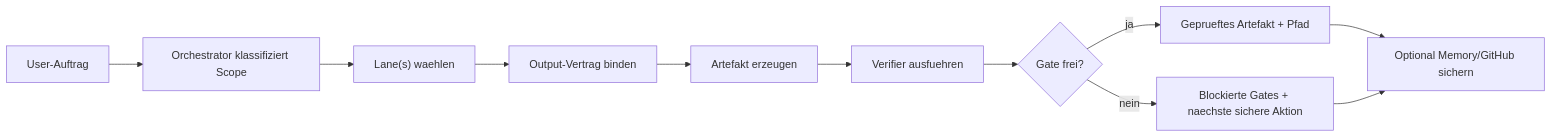
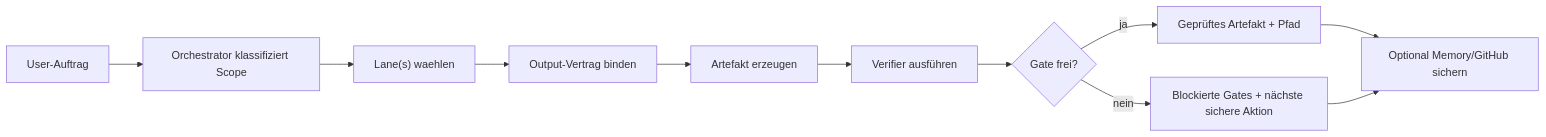
The diagram in docs/agent_os/DELIVERABLE_SWARM_OPERATING_OVERVIEW.md (BCRAdmin/deterministic-research-core), drawn with Mermaid before and after one commit. The commit also changed other lines of this file and 34 other files, not shown here.

````diff
--- a/docs/agent_os/DELIVERABLE_SWARM_OPERATING_OVERVIEW.md
+++ b/docs/agent_os/DELIVERABLE_SWARM_OPERATING_OVERVIEW.md
@@ -71,13 +71,13 @@
 ```mermaid
 flowchart LR
     A["User-Auftrag"] --> B["Orchestrator klassifiziert Scope"]
     B --> C["Lane(s) waehlen"]
     C --> D["Output-Vertrag binden"]
     D --> E["Artefakt erzeugen"]
-    E --> F["Verifier ausfuehren"]
+    E --> F["Verifier ausführen"]
     F --> G{"Gate frei?"}
-    G -->|ja| H["Geprueftes Artefakt + Pfad"]
-    G -->|nein| I["Blockierte Gates + naechste sichere Aktion"]
+    G -->|ja| H["Geprüftes Artefakt + Pfad"]
+    G -->|nein| I["Blockierte Gates + nächste sichere Aktion"]
     H --> J["Optional Memory/GitHub sichern"]
     I --> J
 ```
````
